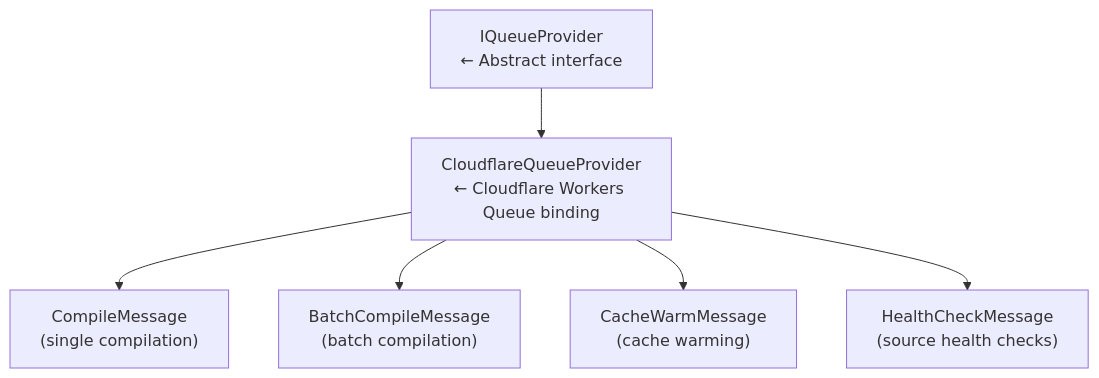
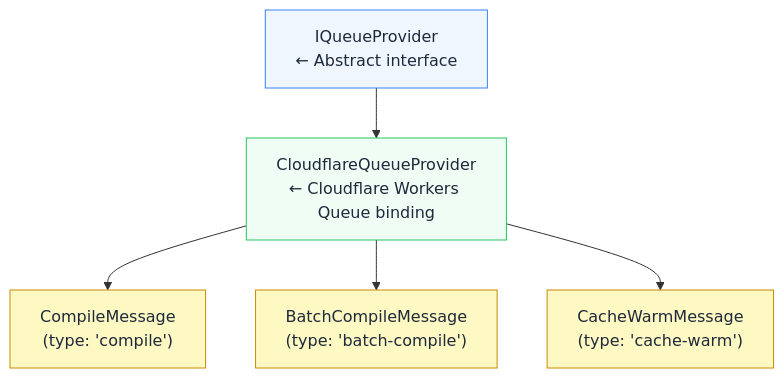
Before and after one commit to jaypatrick/adblock-compiler: the ninth of 19 diagrams in docs/development/ARCHITECTURE.md, drawn with Mermaid. The commit also changed other lines of this file, not shown here.

Commit message:
docs: update ARCHITECTURE.md with current architecture and color-coded diagrams

````diff
--- a/docs/development/ARCHITECTURE.md
+++ b/docs/development/ARCHITECTURE.md
@@ -303,9 +383,12 @@
 ```mermaid
 flowchart TD
-    IQP["IQueueProvider\n← Abstract interface"]
-    IQP --> CQP["CloudflareQueueProvider\n← Cloudflare Workers Queue binding"]
-    CQP --> CM["CompileMessage\n(single compilation)"]
-    CQP --> BCM["BatchCompileMessage\n(batch compilation)"]
-    CQP --> CWM["CacheWarmMessage\n(cache warming)"]
-    CQP --> HCM["HealthCheckMessage\n(source health checks)"]
+    classDef interface fill:#eff6ff,stroke:#3b82f6,color:#1e293b
+    classDef provider fill:#f0fdf4,stroke:#22c55e,color:#1e293b
+    classDef message fill:#fef9c3,stroke:#ca8a04,color:#1e293b
+
+    IQP["IQueueProvider\n← Abstract interface"]:::interface
+    IQP --> CQP["CloudflareQueueProvider\n← Cloudflare Workers Queue binding"]:::provider
+    CQP --> CM["CompileMessage\n(type: 'compile')"]:::message
+    CQP --> BCM["BatchCompileMessage\n(type: 'batch-compile')"]:::message
+    CQP --> CWM["CacheWarmMessage\n(type: 'cache-warm')"]:::message
 ```
````
